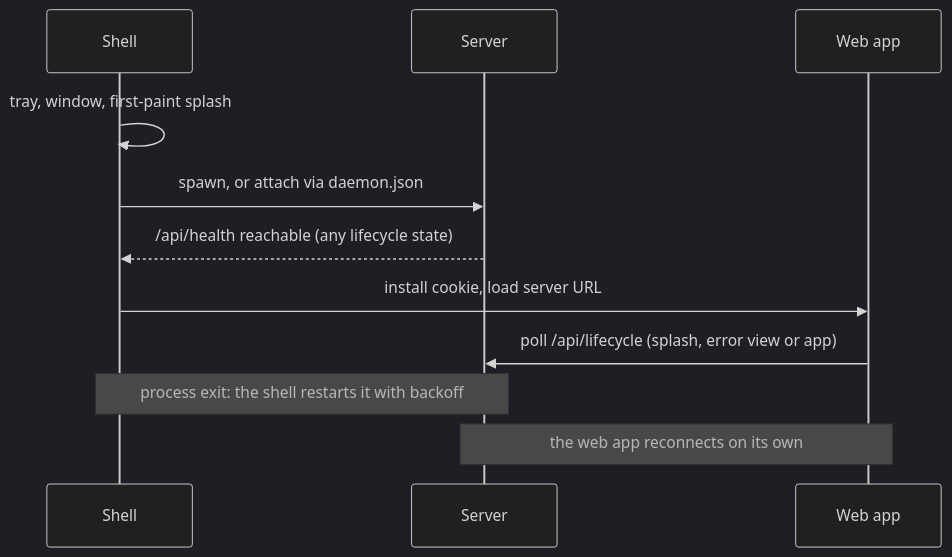
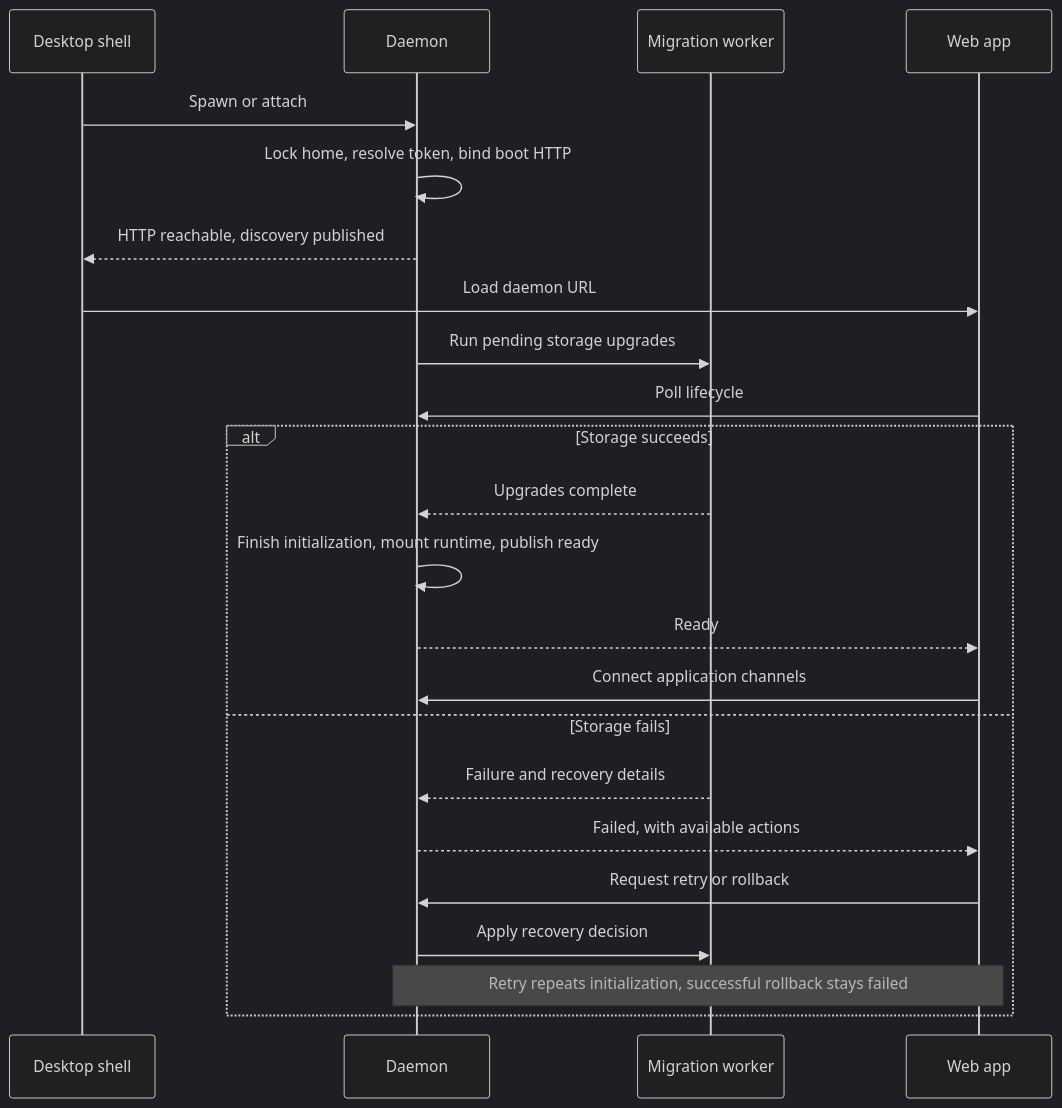
The diagram in docs/architecture/startup.md (ThilinaTLM/nerve), drawn with Mermaid (dark theme) before and after one commit. The commit also changed other lines of this file and 25 other files, not shown here.

First line of the commit message:
Restructure architecture docs and document conversation state and attention (#480)

````diff
--- a/docs/architecture/startup.md
+++ b/docs/architecture/startup.md
@@ -63,13 +5,25 @@
 ```mermaid
 sequenceDiagram
-  participant S as Shell
-  participant D as Server
-  participant W as Web app
-  S->>S: tray, window, first-paint splash
-  S->>D: spawn, or attach via daemon.json
-  D-->>S: /api/health reachable (any lifecycle state)
-  S->>W: install cookie, load server URL
-  W->>D: poll /api/lifecycle (splash, error view or app)
-  Note over S,D: process exit: the shell restarts it with backoff
-  Note over D,W: the web app reconnects on its own
+  participant S as Desktop shell
+  participant D as Daemon
+  participant M as Migration worker
+  participant A as Web app
+  S->>D: Spawn or attach
+  D->>D: Lock home, resolve token, bind boot HTTP
+  D-->>S: HTTP reachable, discovery published
+  S->>A: Load daemon URL
+  D->>M: Run pending storage upgrades
+  A->>D: Poll lifecycle
+  alt Storage succeeds
+    M-->>D: Upgrades complete
+    D->>D: Finish initialization, mount runtime, publish ready
+    D-->>A: Ready
+    A->>D: Connect application channels
+  else Storage fails
+    M-->>D: Failure and recovery details
+    D-->>A: Failed, with available actions
+    A->>D: Request retry or rollback
+    D->>M: Apply recovery decision
+    Note over D,A: Retry repeats initialization, successful rollback stays failed
+  end
 ```
````
